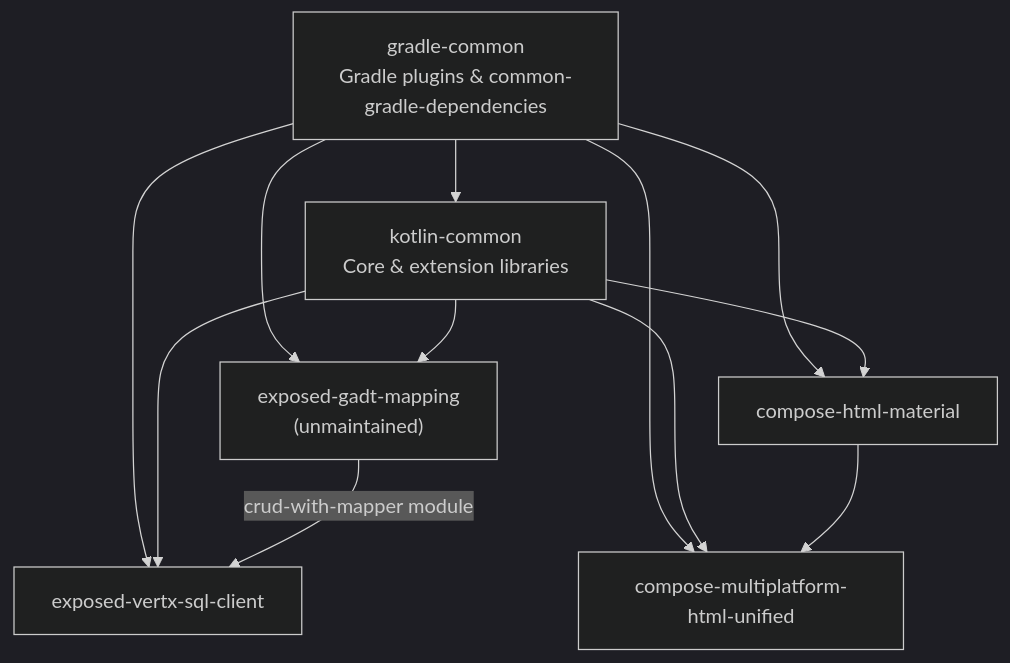
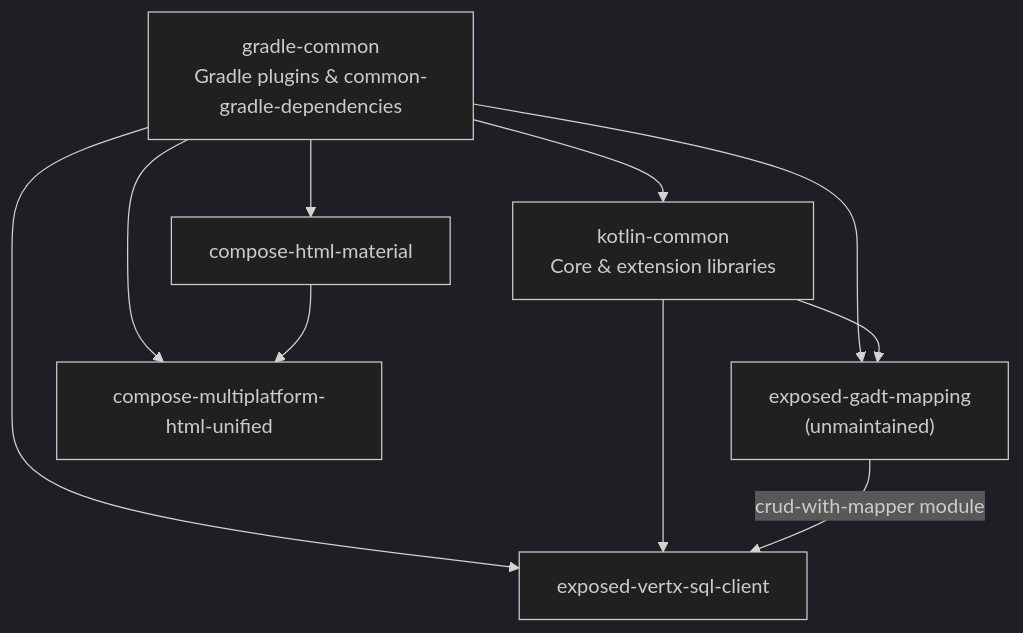
One commit to huanshankeji/.github changed the diagram in docs/general-agent-instructions.md. Above: the diagram before and after it, drawn with Mermaid (dark theme). The commit also changed other lines of this file and 12 other files, not shown here.

````diff
--- a/docs/general-agent-instructions.md
+++ b/docs/general-agent-instructions.md
@@ -72,23 +72,21 @@
 ```mermaid
 flowchart TB
   gradle_common["gradle-common<br/>Gradle plugins & common-gradle-dependencies"]
   kotlin_common["kotlin-common<br/>Core & extension libraries"]
   exposed_gadt["exposed-gadt-mapping<br/>(unmaintained)"]
   compose_html["compose-html-material"]
   exposed_vertx["exposed-vertx-sql-client"]
   cmp_unified["compose-multiplatform-html-unified"]
 
   gradle_common --> kotlin_common
   gradle_common --> exposed_gadt
   gradle_common --> compose_html
   gradle_common --> exposed_vertx
   gradle_common --> cmp_unified
 
   kotlin_common --> exposed_gadt
-  kotlin_common --> compose_html
   kotlin_common --> exposed_vertx
-  kotlin_common --> cmp_unified
 
   exposed_gadt -->|"crud-with-mapper module"| exposed_vertx
   compose_html --> cmp_unified
 ```
````
